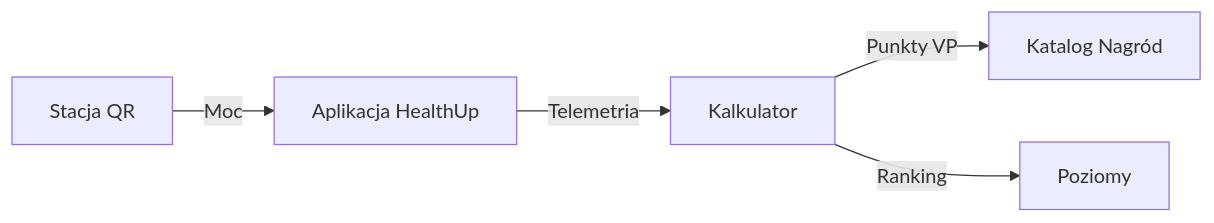
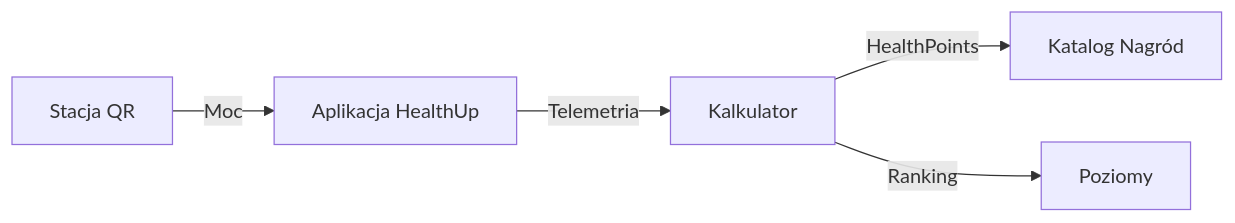
The diagram in README.md (LukaszMatecki/HealthUp), drawn with Mermaid before and after one commit. The commit also changed other lines of this file and 7 other files, not shown here.

First line of the commit message:
Remove legacy VoltUp references and standardize HealthPoints naming

````diff
--- a/README.md
+++ b/README.md
@@ -93,7 +93,7 @@
 ```mermaid
 flowchart LR
     A["Stacja QR"] -->|Moc| B["Aplikacja HealthUp"]
     B -->|Telemetria| C["Kalkulator"]
-    C -->|Punkty VP| D["Katalog Nagród"]
+    C -->|HealthPoints| D["Katalog Nagród"]
     C -->|Ranking| E["Poziomy"]
 ```
````
